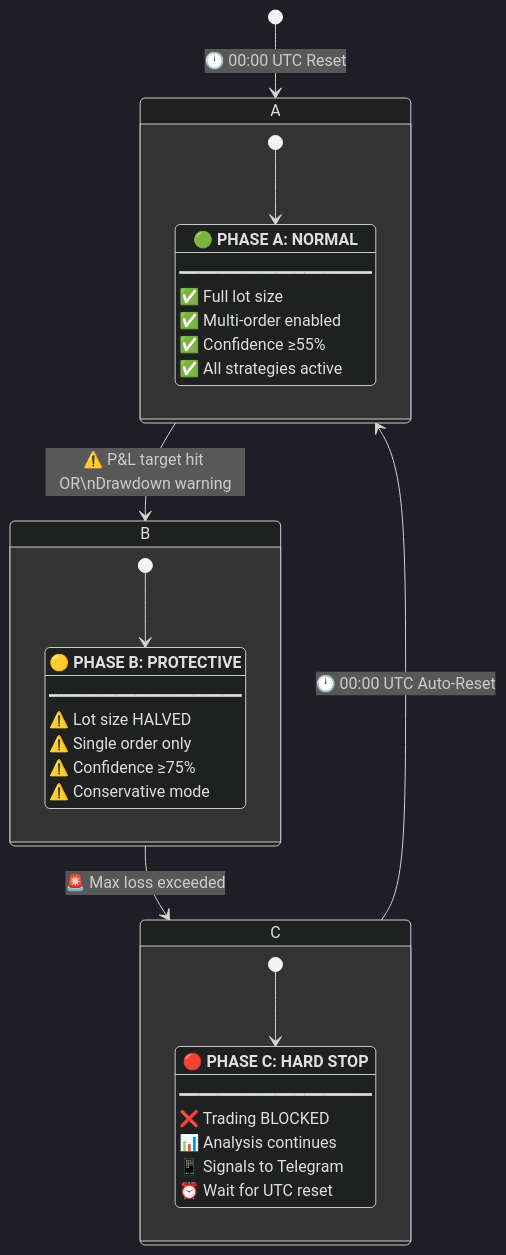
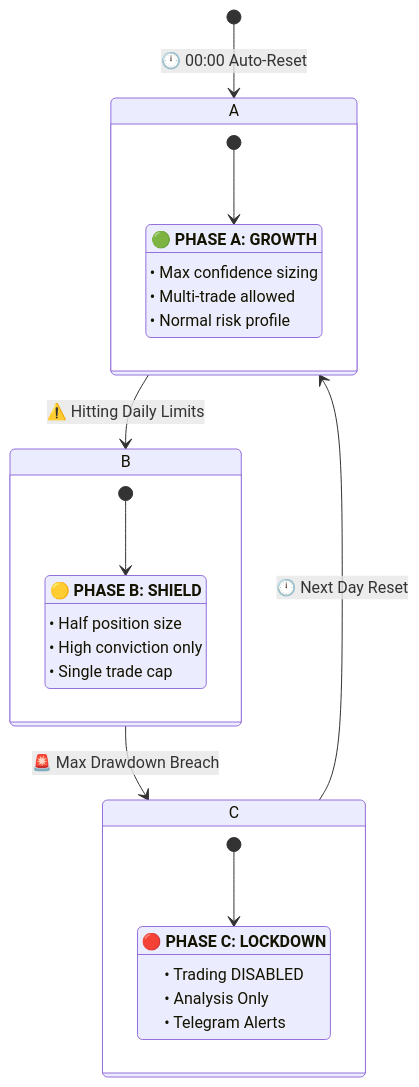
One commit to Kabir0067/Exness changed the second of 2 diagrams in README.md. Above: the diagram before and after it, drawn with Mermaid. The commit also changed other lines of this file and 9 other files, not shown here.

````diff
--- a/README.md
+++ b/README.md
@@ -378,40 +230,32 @@
 ```mermaid
-%%{init: {'theme': 'dark', 'themeVariables': { 'primaryColor': '#00ff88'}}}%%
+stateDiagram-v2
+    [*] --> A: 🕛 00:00 Auto-Reset
 
-stateDiagram-v2
-    [*] --> A: 🕛 00:00 UTC Reset
-
-    A --> B: ⚠️ P&L target hit OR\nDrawdown warning
-    B --> C: 🚨 Max loss exceeded
-    C --> A: 🕛 00:00 UTC Auto-Reset
+    A --> B: ⚠️ Hitting Daily Limits
+    B --> C: 🚨 Max Drawdown Breach
+    C --> A: 🕛 Next Day Reset
 
     state A {
-        [*] --> NormalOps
-        NormalOps: 🟢 <b>PHASE A: NORMAL</b>
-        NormalOps: ━━━━━━━━━━━━━━━━━━━━
-        NormalOps: ✅ Full lot size
-        NormalOps: ✅ Multi-order enabled
-        NormalOps: ✅ Confidence ≥55%
-        NormalOps: ✅ All strategies active
+        [*] --> Aggressive
+        Aggressive: 🟢 <b>PHASE A: GROWTH</b>
+        Aggressive: • Max confidence sizing
+        Aggressive: • Multi-trade allowed
+        Aggressive: • Normal risk profile
     }
 
     state B {
-        [*] --> ProtectiveOps
-        ProtectiveOps: 🟡 <b>PHASE B: PROTECTIVE</b>
-        ProtectiveOps: ━━━━━━━━━━━━━━━━━━━━
-        ProtectiveOps: ⚠️ Lot size HALVED
-        ProtectiveOps: ⚠️ Single order only
-        ProtectiveOps: ⚠️ Confidence ≥75%
-        ProtectiveOps: ⚠️ Conservative mode
+        [*] --> Defensive
+        Defensive: 🟡 <b>PHASE B: SHIELD</b>
+        Defensive: • Half position size
+        Defensive: • High conviction only
+        Defensive: • Single trade cap
     }
 
     state C {
-        [*] --> StopOps
-        StopOps: 🔴 <b>PHASE C: HARD STOP</b>
-        StopOps: ━━━━━━━━━━━━━━━━━━━━
-        StopOps: ❌ Trading BLOCKED
-        StopOps: 📊 Analysis continues
-        StopOps: 📱 Signals to Telegram
-        StopOps: ⏰ Wait for UTC reset
+        [*] --> Lockdown
+        Lockdown: 🔴 <b>PHASE C: LOCKDOWN</b>
+        Lockdown: • Trading DISABLED
+        Lockdown: • Analysis Only
+        Lockdown: • Telegram Alerts
     }
 ```
````
